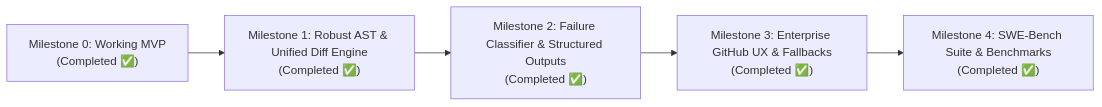
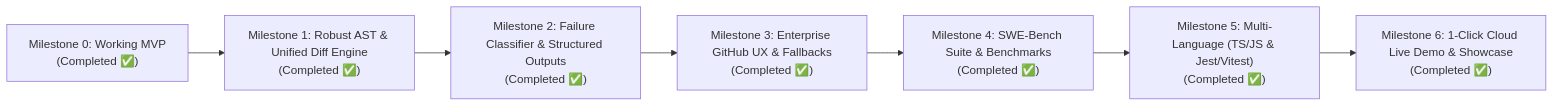
The diagram in ROADMAP.md (nolekek/AutoHeal-CI), drawn with Mermaid before and after one commit. The commit also changed other lines of this file and 9 other files, not shown here.

Commit message:
feat(demo): add 1-click cloud live demo workflow, standalone examples, and terminal showcase

````diff
--- a/ROADMAP.md
+++ b/ROADMAP.md
@@ -9,7 +9,9 @@
 ```mermaid
 flowchart LR
     M0["Milestone 0: Working MVP\n(Completed ✅)"] --> M1["Milestone 1: Robust AST & Unified Diff Engine\n(Completed ✅)"]
     M1 --> M2["Milestone 2: Failure Classifier & Structured Outputs\n(Completed ✅)"]
     M2 --> M3["Milestone 3: Enterprise GitHub UX & Fallbacks\n(Completed ✅)"]
     M3 --> M4["Milestone 4: SWE-Bench Suite & Benchmarks\n(Completed ✅)"]
+    M4 --> M5["Milestone 5: Multi-Language (TS/JS & Jest/Vitest)\n(Completed ✅)"]
+    M5 --> M6["Milestone 6: 1-Click Cloud Live Demo & Showcase\n(Completed ✅)"]
 ```
````
